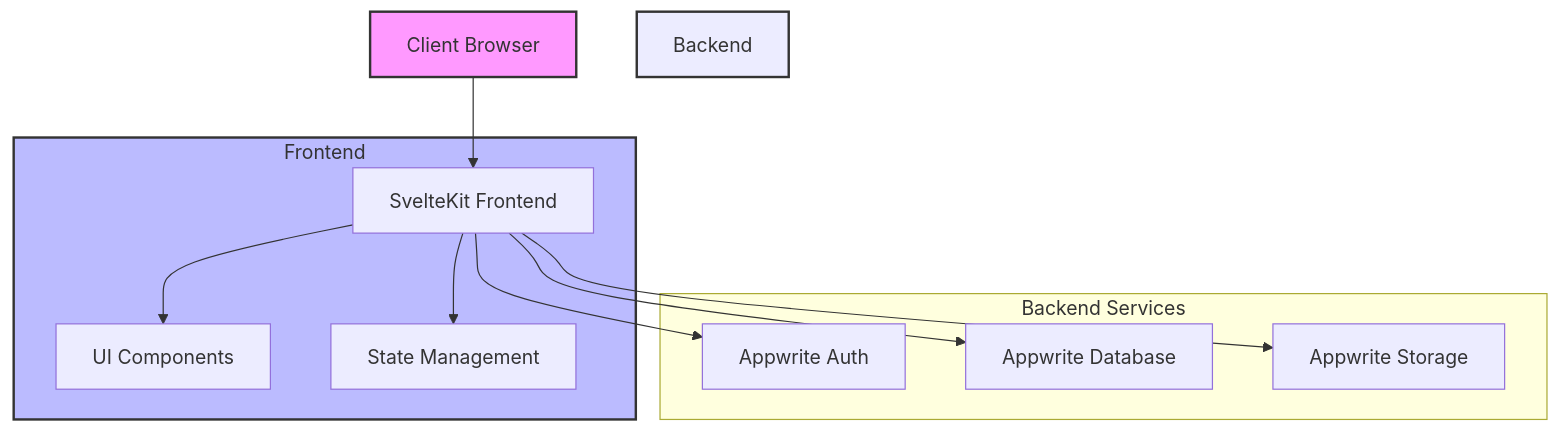
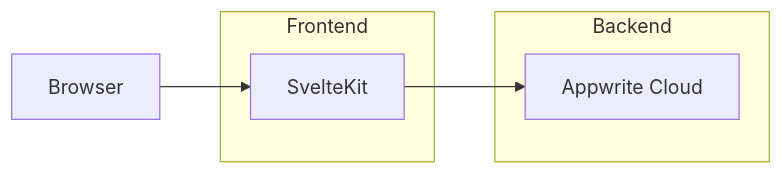
Before and after one commit to kafle1/timetablepro: the diagram in README.md, drawn with Mermaid. The commit also changed other lines of this file and 2 other files, not shown here.

````diff
--- a/README.md
+++ b/README.md
@@ -48,25 +28,13 @@
 ```mermaid
-graph TD
-    Client[Client Browser] --> SvelteKit[SvelteKit Frontend]
-    SvelteKit --> Auth[Appwrite Auth]
-    SvelteKit --> DB[Appwrite Database]
-    SvelteKit --> Storage[Appwrite Storage]
+graph LR
+    Client[Browser] --> SvelteKit
+    SvelteKit --> Appwrite[Appwrite Cloud]
     
     subgraph Frontend
         SvelteKit
-        UI[UI Components]
-        State[State Management]
-        SvelteKit --> UI
-        SvelteKit --> State
     end
     
-    subgraph Backend Services
-        Auth
-        DB
-        Storage
+    subgraph Backend
+        Appwrite
     end
-    
-    style Client fill:#f9f,stroke:#333,stroke-width:2px
-    style Frontend fill:#bbf,stroke:#333,stroke-width:2px
-    style Backend Services fill:#bfb,stroke:#333,stroke-width:2px
 ```
````
